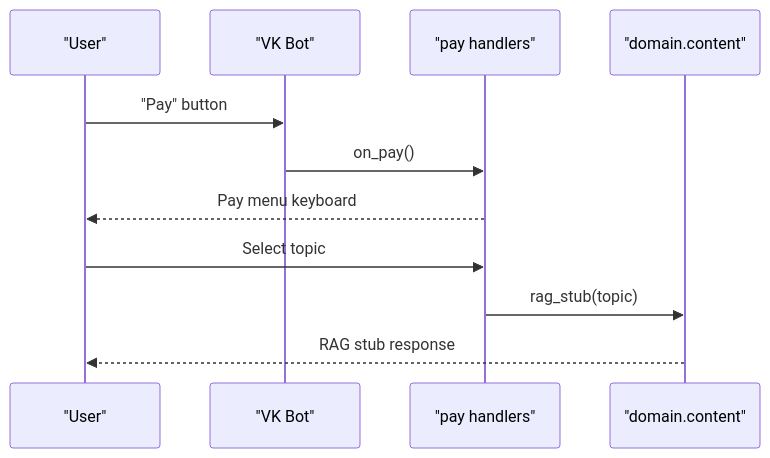
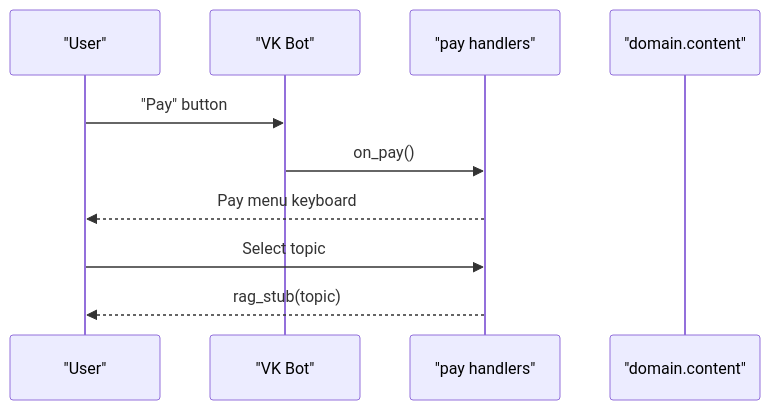
One commit to ognelis/cafetera_hr_bot changed the tenth of 14 diagrams in .qoder/repowiki/en/content/VK Integration/Employment Lifecycle Management.md. Above: the diagram before and after it, drawn with Mermaid. The commit also changed other lines of this file and 16 other files, not shown here.

````diff
--- a/.qoder/repowiki/en/content/VK Integration/Employment Lifecycle Management.md
+++ b/.qoder/repowiki/en/content/VK Integration/Employment Lifecycle Management.md
@@ -386,13 +378,12 @@
 ```mermaid
 sequenceDiagram
 participant User as "User"
 participant Bot as "VK Bot"
 participant Pay as "pay handlers"
 participant Content as "domain.content"
 User->>Bot : "Pay" button
 Bot->>Pay : on_pay()
 Pay-->>User : Pay menu keyboard
 User->>Pay : Select topic
-Pay->>Content : rag_stub(topic)
-Content-->>User : RAG stub response
+Pay-->>User : rag_stub(topic)
 ```
````
